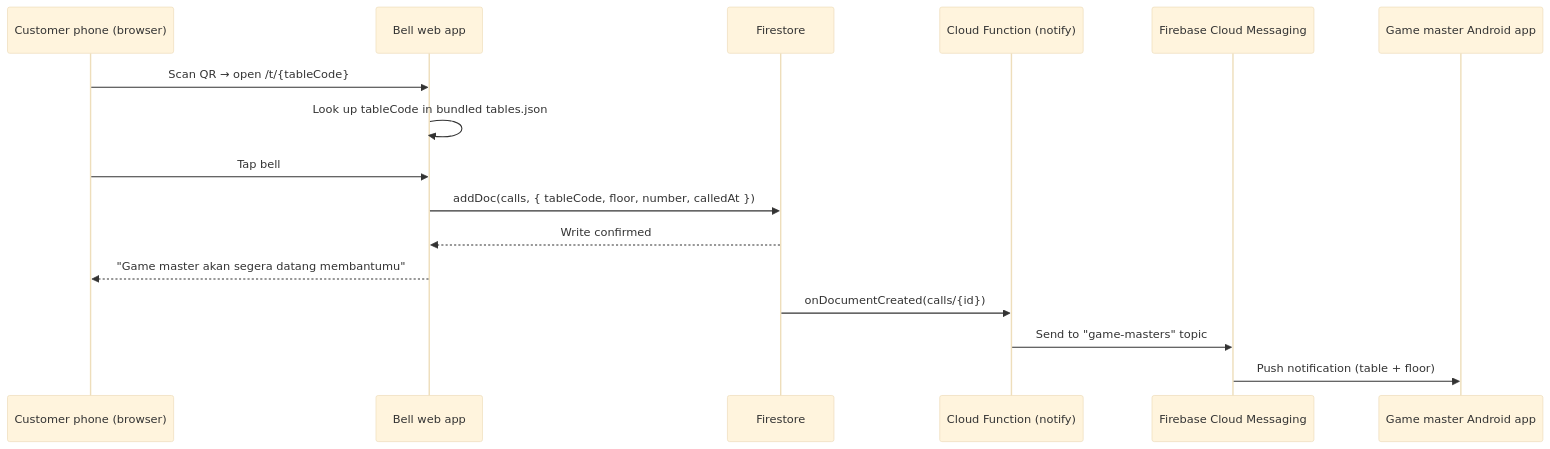
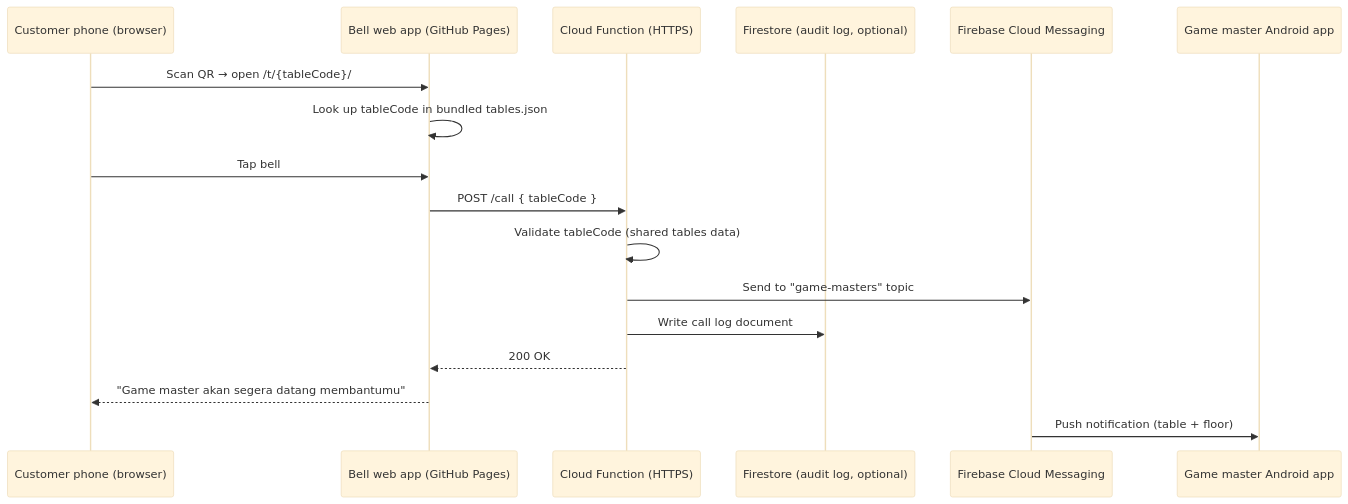
The diagram in docs/PRD.md (gatherloop/game-master-bell), drawn with Mermaid (base theme) before and after one commit. The commit also changed other lines of this file, not shown here.

First line of the commit message:
Switch hosting to GitHub Pages and call the notify function directly over HTTPS

````diff
--- a/docs/PRD.md
+++ b/docs/PRD.md
@@ -72,19 +75,20 @@
 ```mermaid
 sequenceDiagram
     participant C as Customer phone (browser)
-    participant W as Bell web app
-    participant FS as Firestore
-    participant FN as Cloud Function (notify)
+    participant W as Bell web app (GitHub Pages)
+    participant FN as Cloud Function (HTTPS)
+    participant FS as Firestore (audit log, optional)
     participant FCM as Firebase Cloud Messaging
     participant G as Game master Android app
 
-    C->>W: Scan QR → open /t/{tableCode}
+    C->>W: Scan QR → open /t/{tableCode}/
     W->>W: Look up tableCode in bundled tables.json
     C->>W: Tap bell
-    W->>FS: addDoc(calls, { tableCode, floor, number, calledAt })
-    FS-->>W: Write confirmed
+    W->>FN: POST /call { tableCode }
+    FN->>FN: Validate tableCode (shared tables data)
+    FN->>FCM: Send to "game-masters" topic
+    FN->>FS: Write call log document
+    FN-->>W: 200 OK
     W-->>C: "Game master akan segera datang membantumu"
-    FS->>FN: onDocumentCreated(calls/{id})
-    FN->>FCM: Send to "game-masters" topic
     FCM->>G: Push notification (table + floor)
 ```
````
